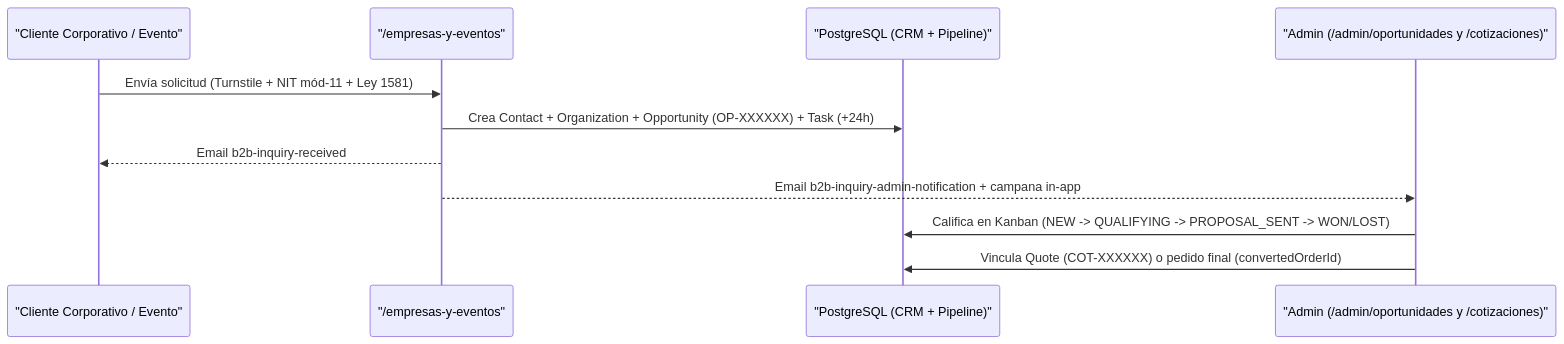
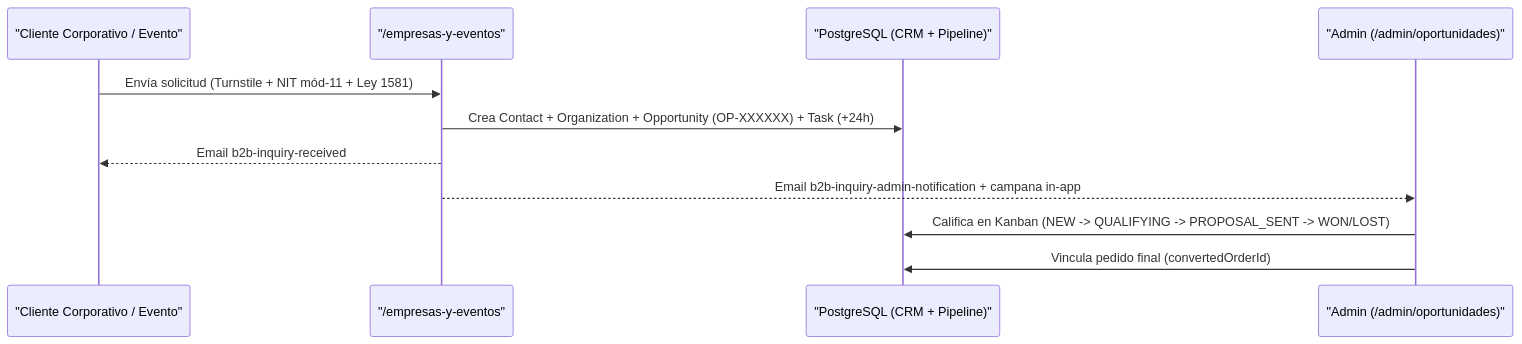
The second of 2 diagrams in docs/domains/crm-b2b-and-loyalty.md (jullieth93/lucams), drawn with Mermaid before and after one commit. The commit also changed other lines of this file and 274 other files, not shown here.

Commit message:
feat!: remove legacy individual quote flow

````diff
--- a/docs/domains/crm-b2b-and-loyalty.md
+++ b/docs/domains/crm-b2b-and-loyalty.md
@@ -99,14 +99,14 @@
 ```mermaid
 sequenceDiagram
   participant L as "Cliente Corporativo / Evento"
   participant W as "/empresas-y-eventos"
   participant DB as "PostgreSQL (CRM + Pipeline)"
-  participant A as "Admin (/admin/oportunidades y /cotizaciones)"
+  participant A as "Admin (/admin/oportunidades)"
 
   L->>W: Envía solicitud (Turnstile + NIT mód-11 + Ley 1581)
   W->>DB: Crea Contact + Organization + Opportunity (OP-XXXXXX) + Task (+24h)
   W-->>L: Email b2b-inquiry-received
   W-->>A: Email b2b-inquiry-admin-notification + campana in-app
   A->>DB: Califica en Kanban (NEW -> QUALIFYING -> PROPOSAL_SENT -> WON/LOST)
-  A->>DB: Vincula Quote (COT-XXXXXX) o pedido final (convertedOrderId)
+  A->>DB: Vincula pedido final (convertedOrderId)
 ```
````
